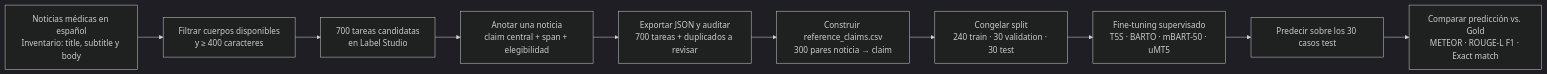
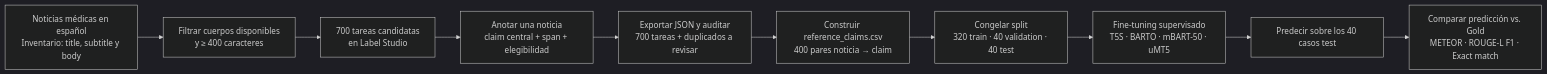
One commit to RenzoAL7/latam-medical-misinformation-classification changed the diagram in README.md. Above: the diagram before and after it, drawn with Mermaid (dark theme). The commit also changed other lines of this file and 7 other files, not shown here.

````diff
--- a/README.md
+++ b/README.md
@@ -67,15 +68,15 @@
 ```mermaid
 flowchart LR
     A["Noticias médicas en español<br/>Inventario: title, subtitle y body"]
     B["Filtrar cuerpos disponibles<br/>y ≥ 400 caracteres"]
     C["700 tareas candidatas<br/>en Label Studio"]
     D["Anotar una noticia<br/>claim central + span + elegibilidad"]
     E["Exportar JSON y auditar<br/>700 tareas + duplicados a revisar"]
-    F["Construir reference_claims.csv<br/>300 pares noticia → claim"]
-    G["Congelar split<br/>240 train · 30 validation · 30 test"]
+    F["Construir reference_claims.csv<br/>400 pares noticia → claim"]
+    G["Congelar split<br/>320 train · 40 validation · 40 test"]
     H["Fine-tuning supervisado<br/>T5S · BARTO · mBART-50 · uMT5"]
-    I["Predecir sobre los 30 casos test"]
+    I["Predecir sobre los 40 casos test"]
     J["Comparar predicción vs. Gold<br/>METEOR · ROUGE-L F1 · Exact match"]
 
     A --> B --> C --> D --> E --> F --> G --> H --> I --> J
 ```
````
